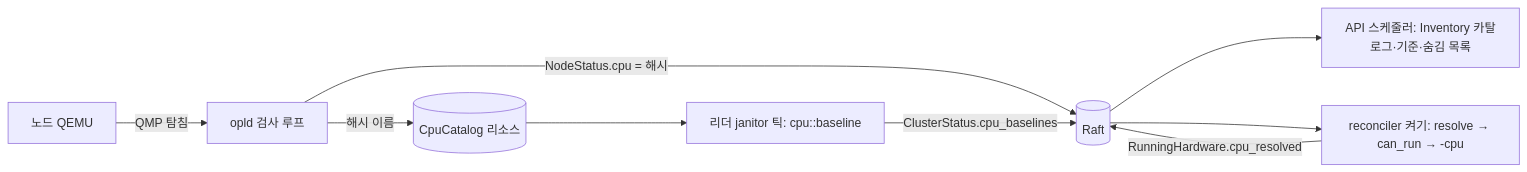
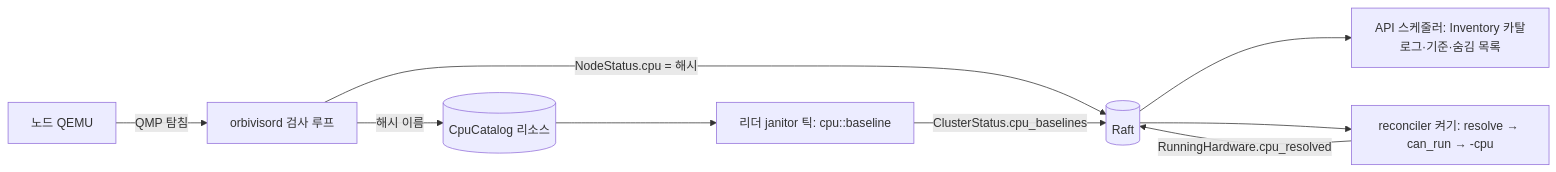
Before and after one commit to gaiger777/opLite: diagram 11 of 16 in docs/architecture.md, drawn with Mermaid. The commit also changed other lines of this file and 19 other files, not shown here.

````diff
--- a/docs/architecture.md
+++ b/docs/architecture.md
@@ -1043,11 +1043,11 @@
 ```mermaid
 flowchart LR
-  Q[노드 QEMU] -->|QMP 탐침| N[opld 검사 루프]
+  Q[노드 QEMU] -->|QMP 탐침| N[orbivisord 검사 루프]
   N -->|해시 이름| C[(CpuCatalog 리소스)]
   N -->|NodeStatus.cpu = 해시| R[(Raft)]
   C --> L[리더 janitor 틱: cpu::baseline]
   L -->|ClusterStatus.cpu_baselines| R
   R --> S[API 스케줄러: Inventory 카탈로그·기준·숨김 목록]
   R --> W[reconciler 켜기: resolve → can_run → -cpu]
   W -->|RunningHardware.cpu_resolved| R
 ```
````
